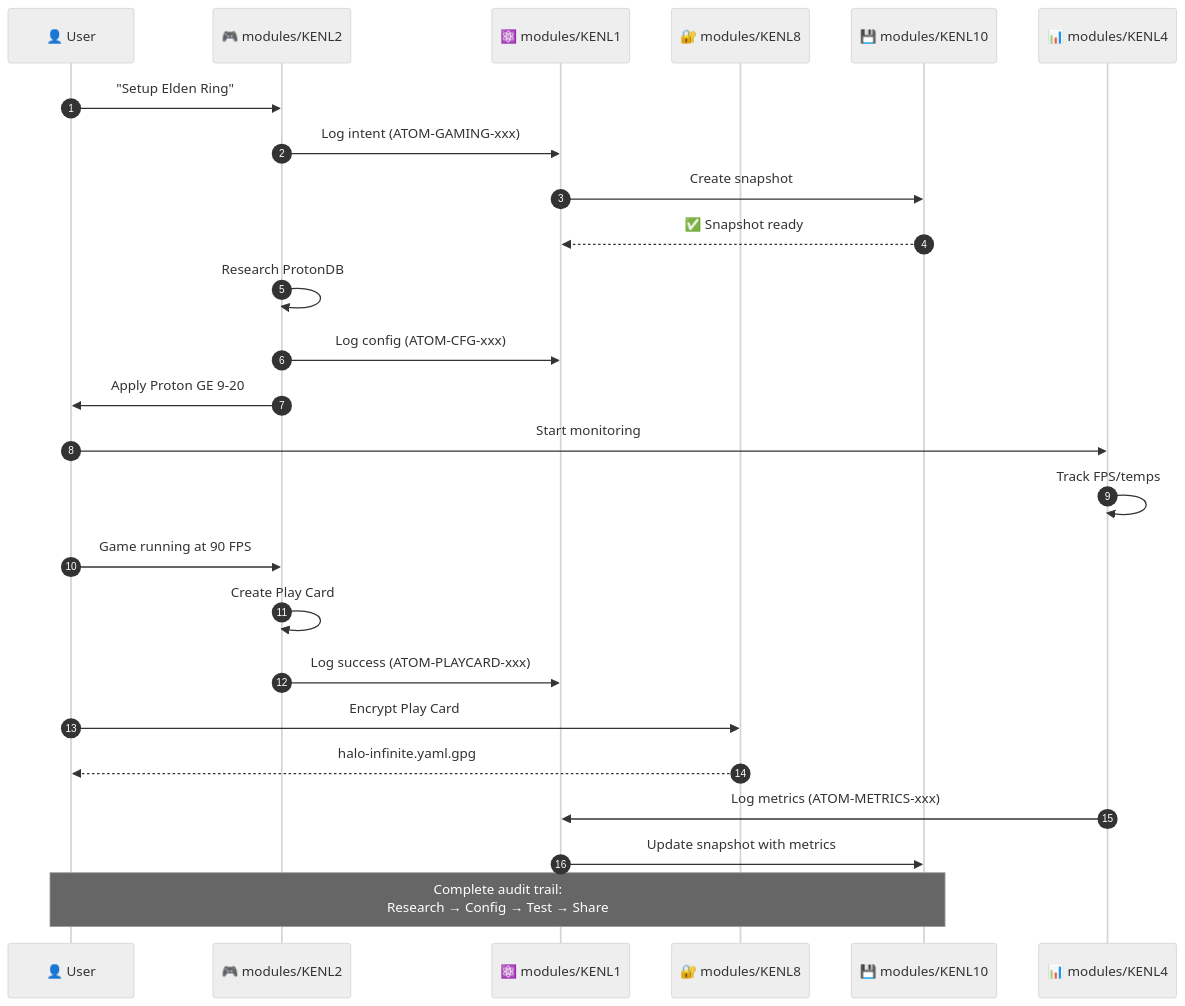
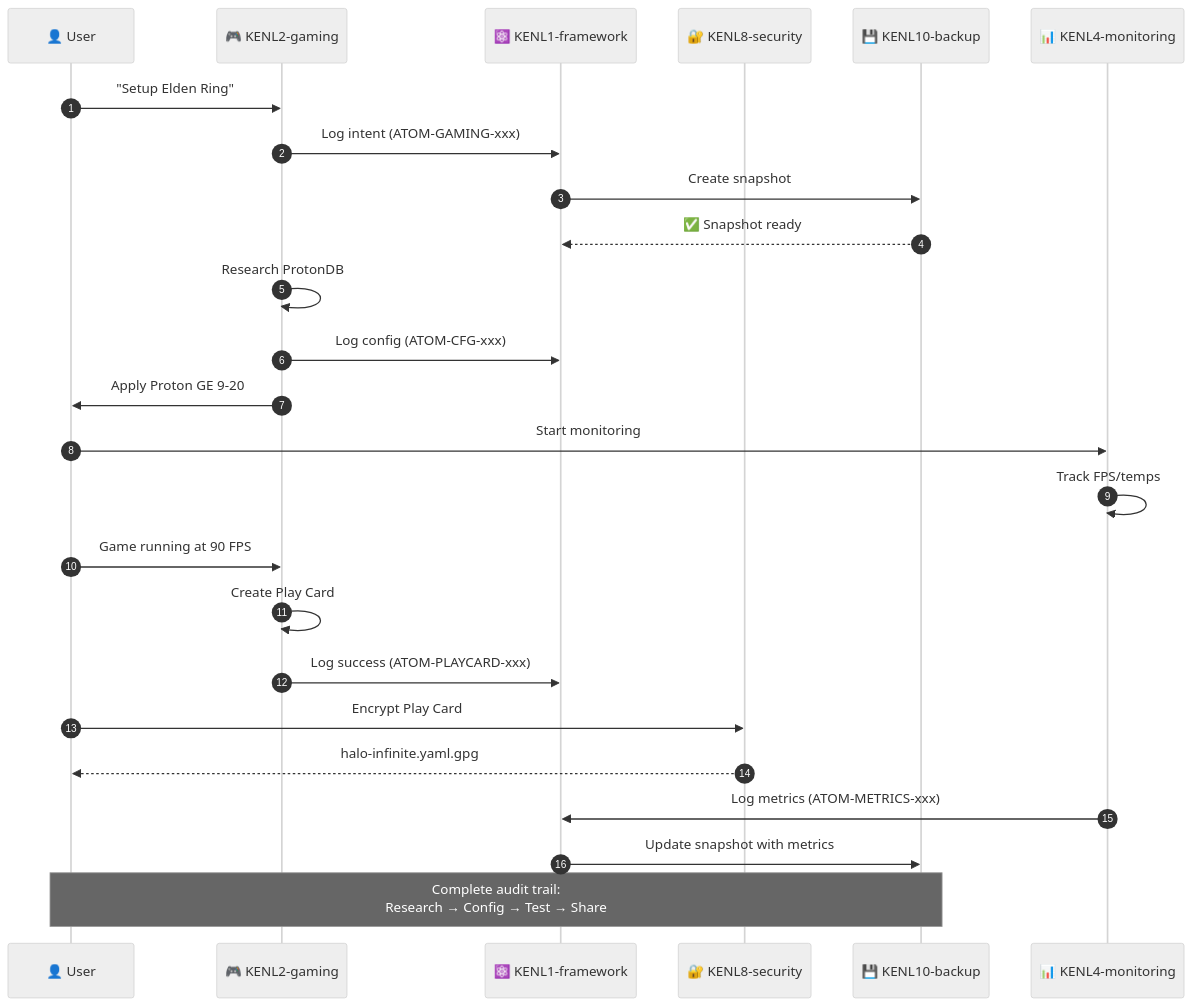
The ninth of 9 diagrams in README.md (toolate28/kenl), drawn with Mermaid (neutral theme) before and after one commit. The commit also changed other lines of this file, not shown here.

First line of the commit message:
fix: resolve Mermaid diagram syntax errors in README

````diff
--- a/README.md
+++ b/README.md
@@ -685,35 +685,35 @@
 ```mermaid
 sequenceDiagram
     autonumber
 
     participant U as 👤 User
-    participant K2 as 🎮 modules/KENL2
-    participant K1 as ⚛️ modules/KENL1
-    participant K8 as 🔐 modules/KENL8
-    participant K10 as 💾 modules/KENL10
-    participant K4 as 📊 modules/KENL4
+    participant K2 as 🎮 KENL2-gaming
+    participant K1 as ⚛️ KENL1-framework
+    participant K8 as 🔐 KENL8-security
+    participant K10 as 💾 KENL10-backup
+    participant K4 as 📊 KENL4-monitoring
 
     U->>K2: "Setup Elden Ring"
     K2->>K1: Log intent (ATOM-GAMING-xxx)
     K1->>K10: Create snapshot
     K10-->>K1: ✅ Snapshot ready
 
     K2->>K2: Research ProtonDB
     K2->>K1: Log config (ATOM-CFG-xxx)
     K2->>U: Apply Proton GE 9-20
 
     U->>K4: Start monitoring
     K4->>K4: Track FPS/temps
 
     U->>K2: Game running at 90 FPS
     K2->>K2: Create Play Card
     K2->>K1: Log success (ATOM-PLAYCARD-xxx)
 
     U->>K8: Encrypt Play Card
     K8-->>U: halo-infinite.yaml.gpg
 
     K4->>K1: Log metrics (ATOM-METRICS-xxx)
     K1->>K10: Update snapshot with metrics
 
     Note over U,K10: Complete audit trail:<br/>Research → Config → Test → Share
 ```
````
